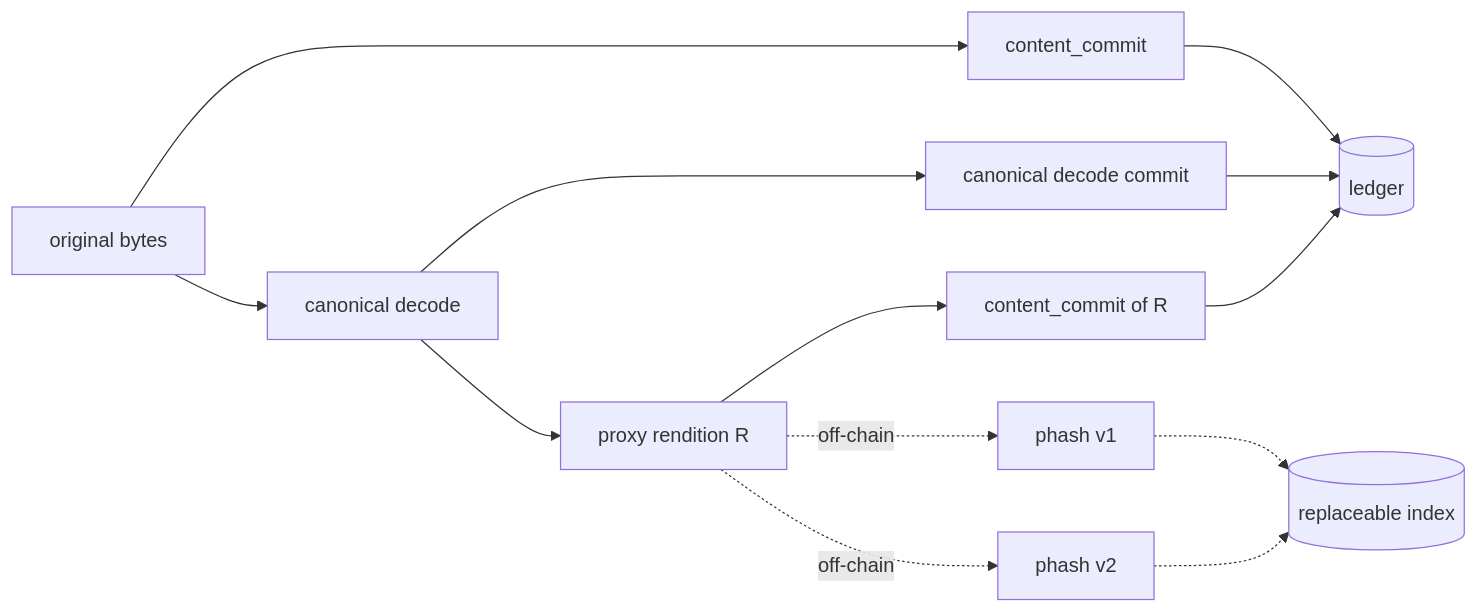
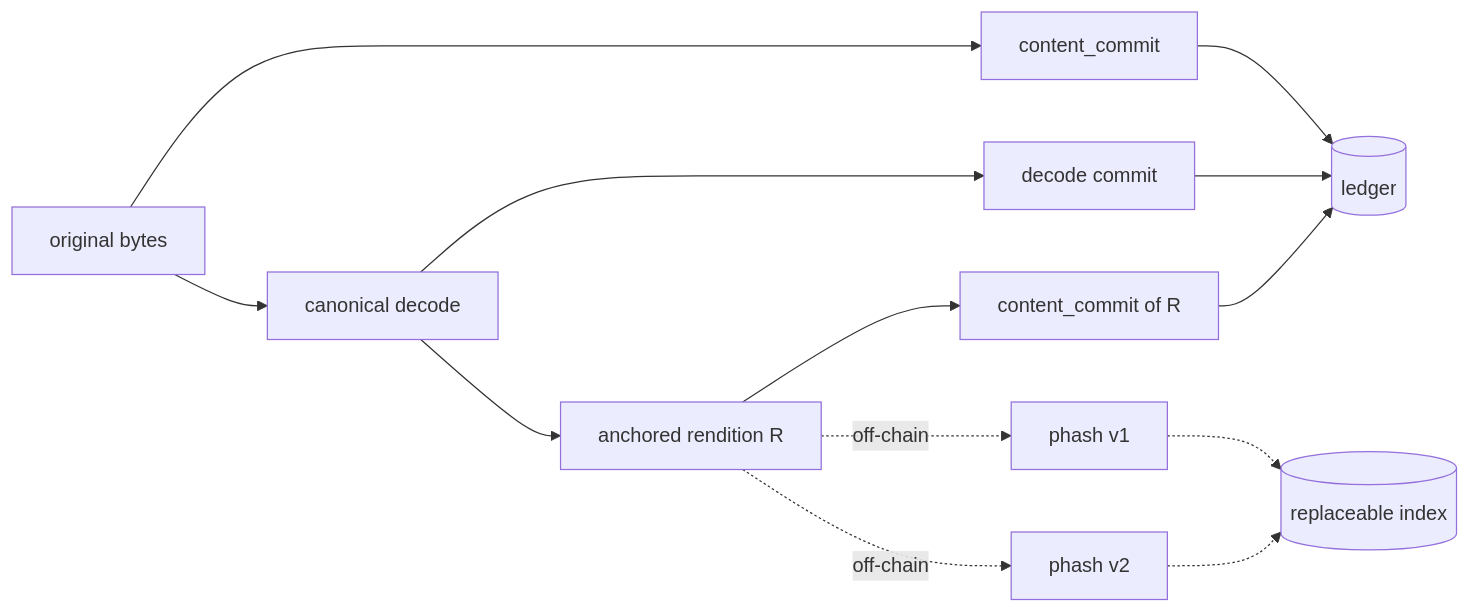
The diagram in docs/design/perceptual-identity.md (daon-network/daon), drawn with Mermaid before and after one commit. The commit also changed other lines of this file, not shown here.

````diff
--- a/docs/design/perceptual-identity.md
+++ b/docs/design/perceptual-identity.md
@@ -311,15 +346,15 @@
 ```mermaid
 flowchart LR
   B[original bytes] --> C[content_commit]
   B --> D[canonical decode]
-  D --> E[canonical decode commit]
-  D --> R[proxy rendition R]
+  D --> E[decode commit]
+  D --> R[anchored rendition R]
   R --> P[content_commit of R]
   R -.off-chain.-> H1[phash v1]
   R -.off-chain.-> H2[phash v2]
   C --> L[(ledger)]
   E --> L
   P --> L
   H1 -.-> I[(replaceable index)]
   H2 -.-> I
 ```
````
